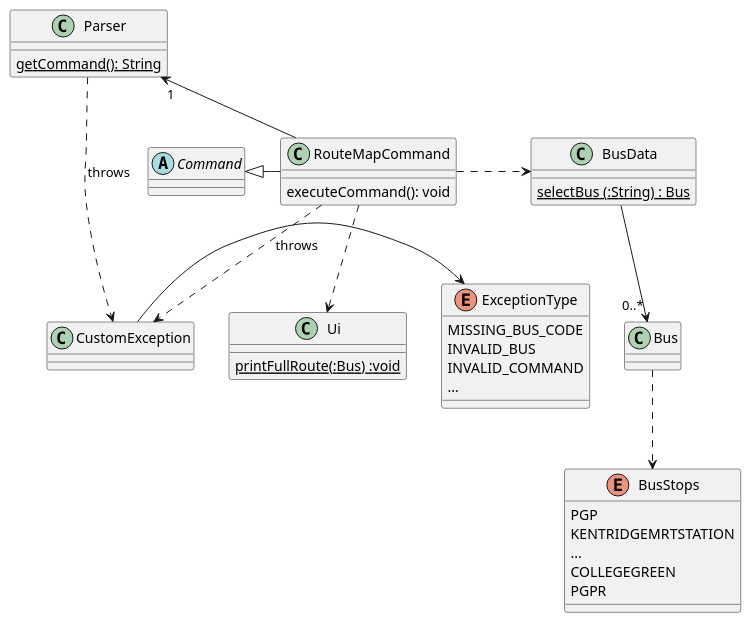
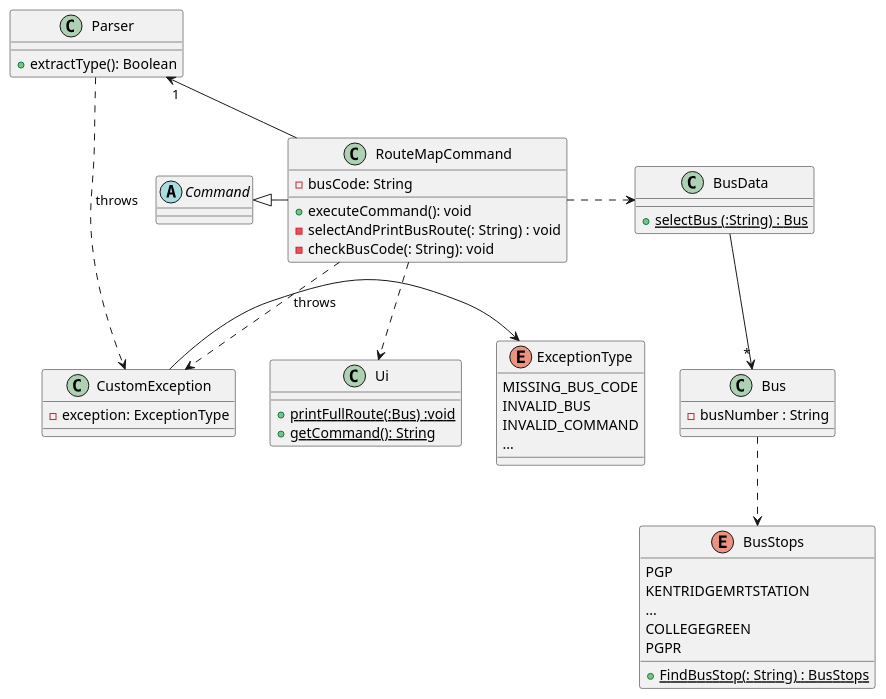
The diagram in docs/DG_Diagrams/RouteMapCommand/RouteMapCommand.puml (nus-cs2113-AY2021S1/tp), drawn with PlantUML before and after one commit. The commit also changed 2 other files, not shown here.

Commit message:
Update route map command diagrams

```diff
--- a/docs/DG_Diagrams/RouteMapCommand/RouteMapCommand.puml
+++ b/docs/DG_Diagrams/RouteMapCommand/RouteMapCommand.puml
@@ -1,45 +1,55 @@
 @startuml
 
 abstract class Command
+
 Class RouteMapCommand{
-executeCommand(): void
+-busCode: String
++executeCommand(): void
+-selectAndPrintBusRoute(: String) : void
+-checkBusCode(: String): void
 }
 Class Parser{
-{static} getCommand(): String
++extractType(): Boolean
 }
 Class BusData {
-{static} selectBus (:String) : Bus
++{static} selectBus (:String) : Bus
+}
+Class CustomException {
+-exception: ExceptionType
 }
 Class Bus {
+-busNumber : String
 }
 enum BusStops {
 PGP
 KENTRIDGEMRTSTATION
 ...
 COLLEGEGREEN
 PGPR
++{static}FindBusStop(: String) : BusStops
 }
 Class Ui {
-{static} printFullRoute(:Bus) :void
++{static} printFullRoute(:Bus) :void
++{static} getCommand(): String
 }
 
 enum ExceptionType {
 MISSING_BUS_CODE
 INVALID_BUS
 INVALID_COMMAND
 ...
 }
 
 Command <|--right RouteMapCommand
 Parser "1"<--down RouteMapCommand
 RouteMapCommand ..right> BusData
-BusData --> "0..*" Bus
+BusData --> "*" Bus
 Bus ..> BusStops
 RouteMapCommand ..> CustomException :throws
 Parser ..> CustomException :throws
 RouteMapCommand ..> Ui
 
 CustomException -> ExceptionType
 
 
 @enduml
```
